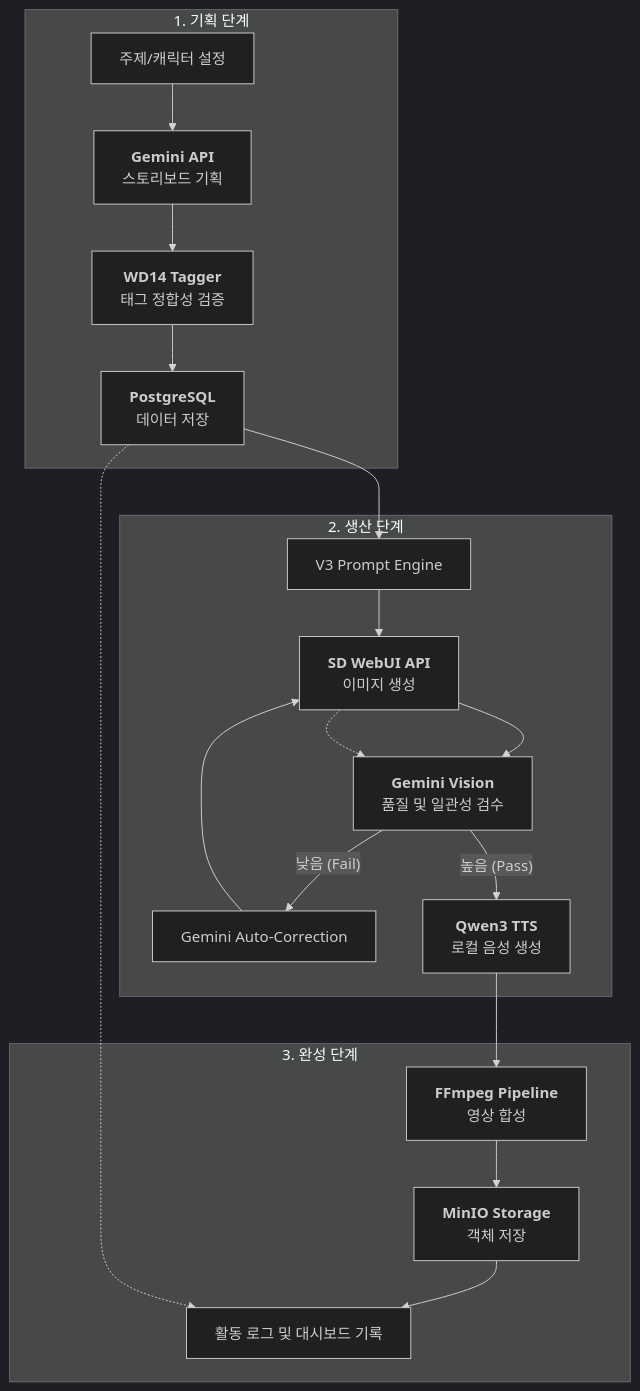
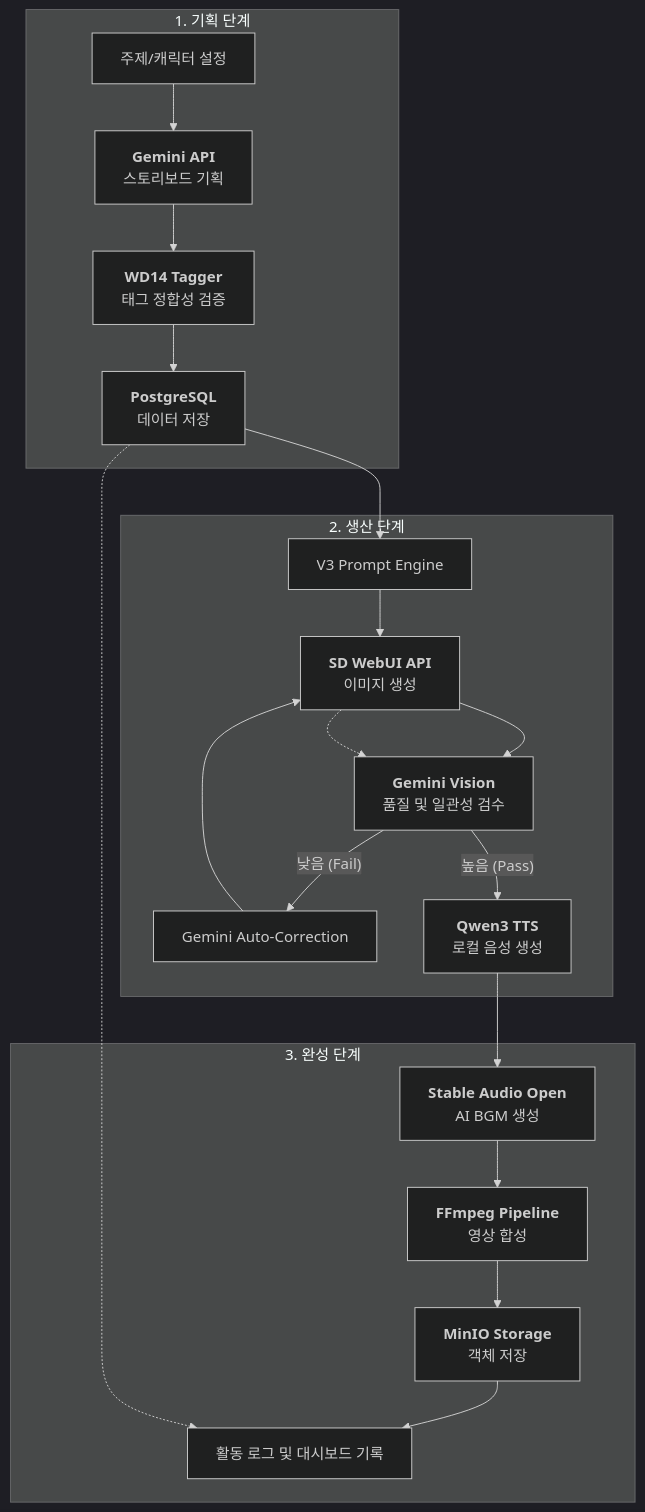
The first of 2 diagrams in docs/01_product/PRD.md (tomo-playground/sdd-orchestrator), drawn with Mermaid (dark theme) before and after one commit. The commit also changed other lines of this file and 5 other files, not shown here.

````diff
--- a/docs/01_product/PRD.md
+++ b/docs/01_product/PRD.md
@@ -9,27 +9,28 @@
 ```mermaid
 graph TD
     subgraph Planning ["1. 기획 단계"]
         Topic[주제/캐릭터 설정] --> Gemini[<b>Gemini API</b><br/>스토리보드 기획]
         Gemini --> Validation[<b>WD14 Tagger</b><br/>태그 정합성 검증]
         Validation --> DB_Store[<b>PostgreSQL</b><br/>데이터 저장]
     end
 
     subgraph Production ["2. 생산 단계"]
         DB_Store --> Prompt[V3 Prompt Engine]
         Prompt --> SD[<b>SD WebUI API</b><br/>이미지 생성]
         SD --> Quality[<b>Gemini Vision</b><br/>품질 및 일관성 검수]
         Quality -- "낮음 (Fail)" --> AutoEdit[Gemini Auto-Correction]
         AutoEdit --> SD
         Quality -- "높음 (Pass)" --> Audio[<b>Qwen3 TTS</b><br/>로컬 음성 생성]
     end
 
     subgraph Finalization ["3. 완성 단계"]
-        Audio --> FFmpeg[<b>FFmpeg Pipeline</b><br/>영상 합성]
+        Audio --> BGM[<b>Stable Audio Open</b><br/>AI BGM 생성]
+        BGM --> FFmpeg[<b>FFmpeg Pipeline</b><br/>영상 합성]
         FFmpeg --> MinIO[<b>MinIO Storage</b><br/>객체 저장]
         MinIO --> History[활동 로그 및 대시보드 기록]
     end
 
     %% Data Connections
     DB_Store -.-> History
     SD -.-> Quality
 ```
````
